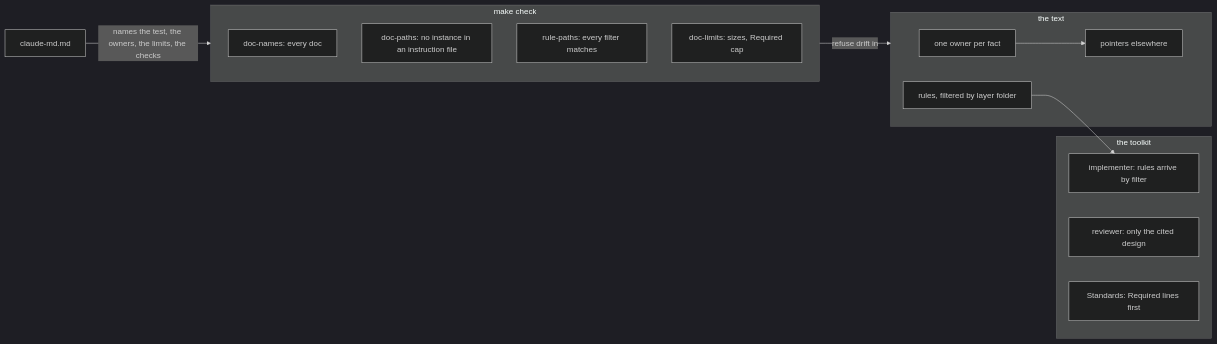
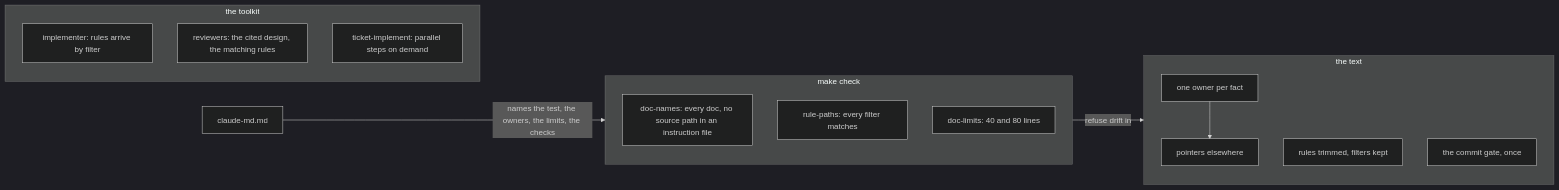
Before and after one commit to khotei/app-template: the diagram in docs/tickets/2026-11-02-1820_lean-instructions/architecture.md, drawn with Mermaid (dark theme). The commit also changed other lines of this file and 1 other file, not shown here.

````diff
--- a/docs/tickets/2026-11-02-1820_lean-instructions/architecture.md
+++ b/docs/tickets/2026-11-02-1820_lean-instructions/architecture.md
@@ -12,21 +12,20 @@
 ```mermaid
 graph LR
   subgraph text [the text]
     owner[one owner per fact] --> pointer[pointers elsewhere]
-    rules[rules, filtered by layer folder]
+    trim[rules trimmed, filters kept]
+    gate[the commit gate, once]
   end
   subgraph checks [make check]
-    names[doc-names: every doc]
-    paths[doc-paths: no instance in an instruction file]
+    names[doc-names: every doc, no source path in an instruction file]
     filters[rule-paths: every filter matches]
-    limits[doc-limits: sizes, Required cap]
+    limits[doc-limits: 40 and 80 lines]
   end
   subgraph reading [the toolkit]
     impl[implementer: rules arrive by filter]
-    rev[reviewer: only the cited design]
-    std[Standards: Required lines first]
+    rev[reviewers: the cited design, the matching rules]
+    skill[ticket-implement: parallel steps on demand]
   end
   checks -->|refuse drift in| text
-  rules --> impl
   claude[claude-md.md] -->|names the test, the owners, the limits, the checks| checks
 ```
````
